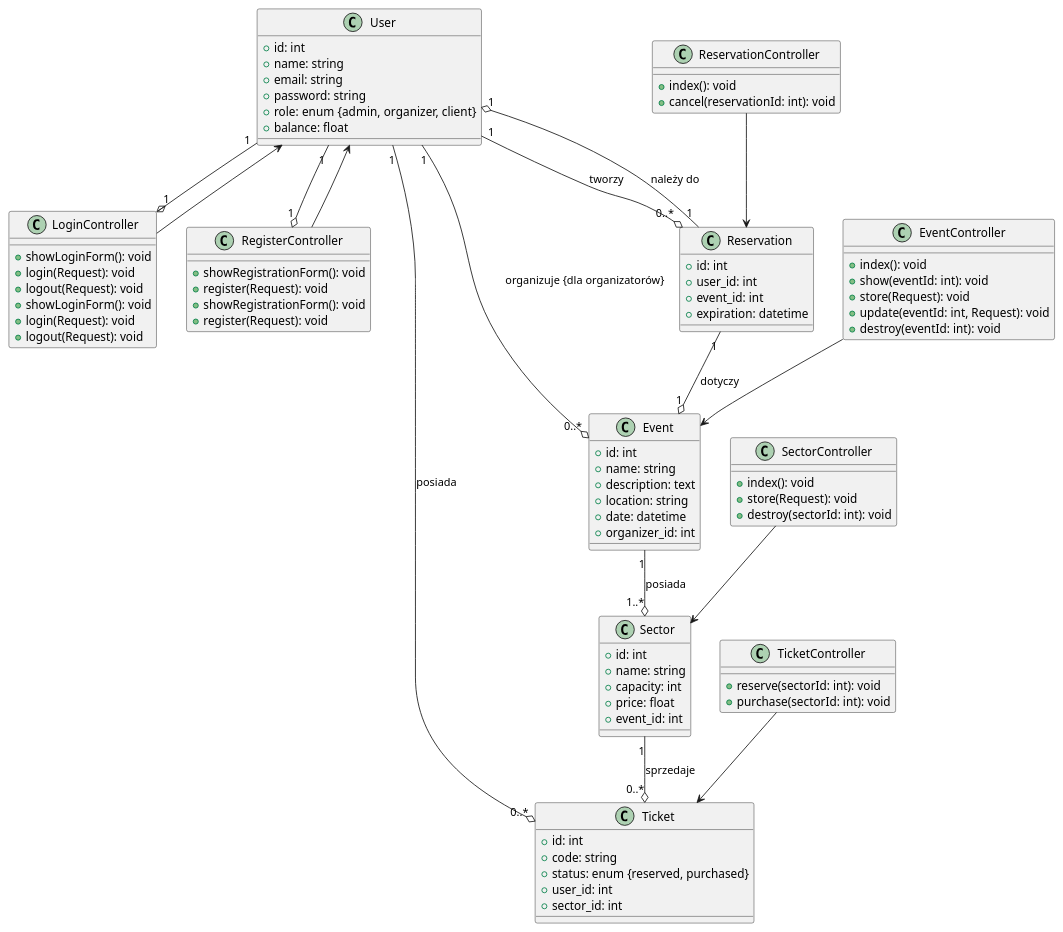
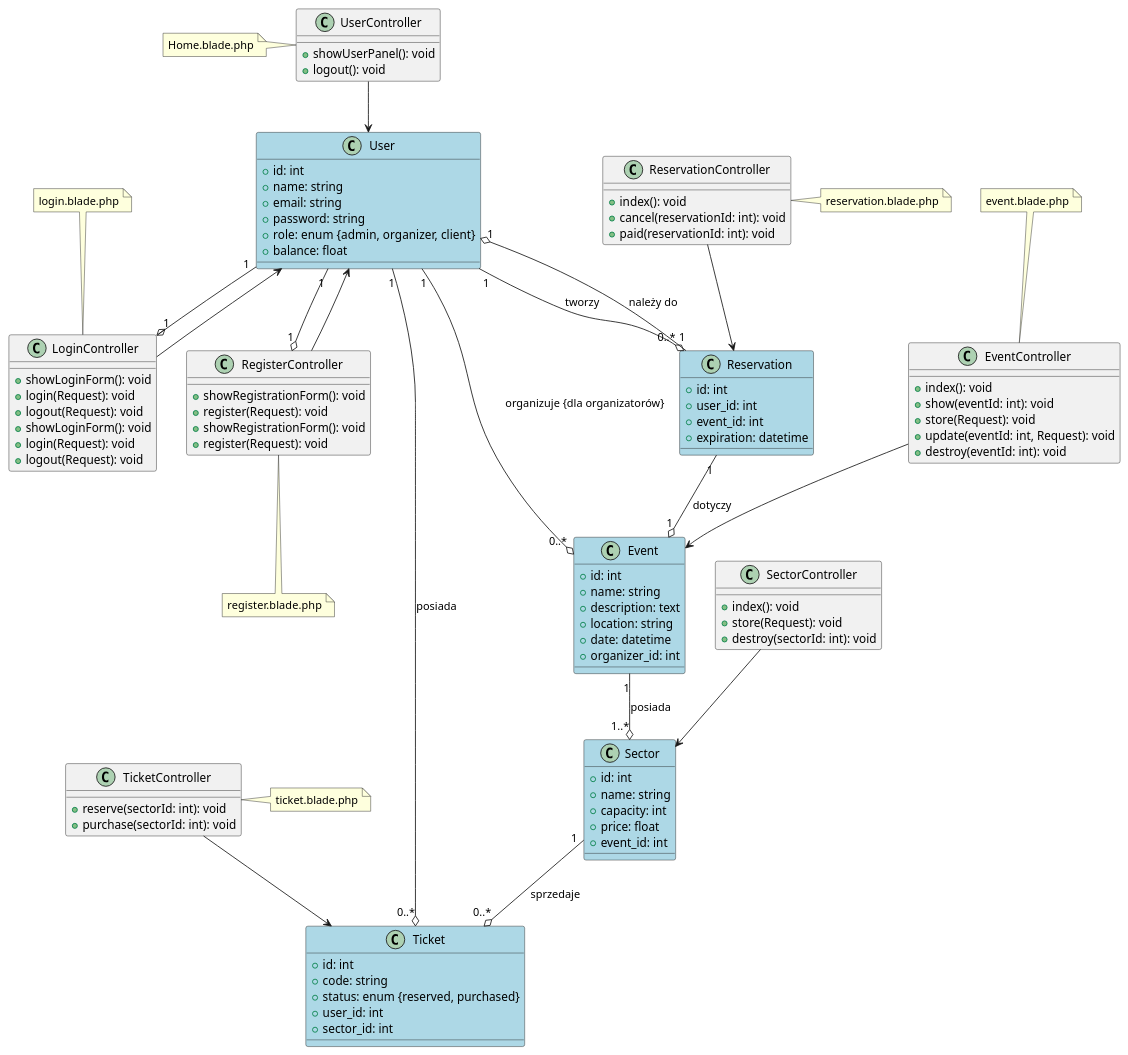
One commit to Tkapcer/SystemSprzedazyBiletow changed the diagram in Diagram.puml. Above: the diagram before and after it, drawn with PlantUML. The commit also changed 1 other file, not shown here.

Commit message:
zmieny w diagramie klas

```diff
--- a/Diagram.puml
+++ b/Diagram.puml
@@ -1,145 +1,185 @@
 @startuml
 ' Definicja klas
 
 class User {
     + id: int
     + name: string
     + email: string
     + password: string
     + role: enum {admin, organizer, client}
     + balance: float
+}
+
+class UserController {
+    + showUserPanel(): void
+    + logout(): void
 }
 
 ' Kontrolery uwierzytelniania tego chyba by można nie dawać
 class LoginController {
     + showLoginForm(): void
     + login(Request): void
     + logout(Request): void
 }
 
 class RegisterController {
     + showRegistrationForm(): void
     + register(Request): void
 }
 
 'class ForgotPasswordController {
 '    + showLinkRequestForm(): void
 '    + sendResetLinkEmail(Request): void
 '}
 
 'class ResetPasswordController {
 '    + showResetForm(Request): void
 '    + reset(Request): void
 '}
 '
 '' Middleware
 'class AuthMiddleware {
 '    + handle(Request, Closure): Response
 '}
 '
 'class GuestMiddleware {
 '    + handle(Request, Closure): Response
 '}
 
 ' Relacje
 User "1" --o "1" LoginController
 User "1" --o "1" RegisterController
 
 ' Do tąd, reszta z głównego systemu
 
 'class Admin {
 '    + id: int
 '    + name: string
 '    + email: string
 '    + password: string
 '}
 
 class Event {
     + id: int
     + name: string
     + description: text
     + location: string
     + date: datetime
     + organizer_id: int
 }
 
 class Sector {
     + id: int
     + name: string
     + capacity: int
     + price: float
     + event_id: int
 }
 
 class Ticket {
     + id: int
     + code: string
     + status: enum {reserved, purchased}
     + user_id: int
     + sector_id: int
 }
 
 class Reservation {
     + id: int
     + user_id: int
     + event_id: int
     + expiration: datetime
 }
 
 ' Relacje między klasami
 User "1" --o "0..*" Ticket : posiada
 User "1" --o "0..*" Reservation : tworzy
 User "1" --o "0..*" Event : organizuje {dla organizatorów}
 Event "1" --o "1..*" Sector : posiada
 Sector "1" --o "0..*" Ticket : sprzedaje
 Reservation "1" --o "1" User : należy do
 Reservation "1" --o "1" Event : dotyczy
 'Admin "1" --o "0..*" User : zarządza
 'Admin "1" --o "1..*" Event : nadzoruje
 
 ' Kontrolery
 class LoginController {
     + showLoginForm(): void
     + login(Request): void
     + logout(Request): void
 }
 
 class RegisterController {
     + showRegistrationForm(): void
     + register(Request): void
 }
 
 class EventController {
     + index(): void
     + show(eventId: int): void
     + store(Request): void
     + update(eventId: int, Request): void
     + destroy(eventId: int): void
 }
 
 class SectorController {
     + index(): void
     + store(Request): void
     + destroy(sectorId: int): void
 }
 
 class TicketController {
     + reserve(sectorId: int): void
     + purchase(sectorId: int): void
 }
 
 class ReservationController {
     + index(): void
     + cancel(reservationId: int): void
+    + paid(reservationId: int): void
 }
 
 ' Relacje między kontrolerami a modelami
+UserController --> User
 LoginController --> User
 RegisterController --> User
 EventController --> Event
 SectorController --> Sector
 TicketController --> Ticket
 ReservationController --> Reservation
 
+class User #Lightblue
+class Event #Lightblue
+class Sector #Lightblue
+class Ticket #Lightblue
+class Reservation #Lightblue
+
+note left of UserController
+ Home.blade.php
+end note
+
+note top of LoginController
+ login.blade.php
+end note
+
+note bottom of RegisterController
+ register.blade.php
+end note
+
+'note bottom of SectorController
+' sector.blade.php
+'end note
+
+note top of EventController
+ event.blade.php
+end note
+
+note right of ReservationController
+ reservation.blade.php
+end note
+
+note right of TicketController
+ ticket.blade.php
+end note
 
 @enduml
```
